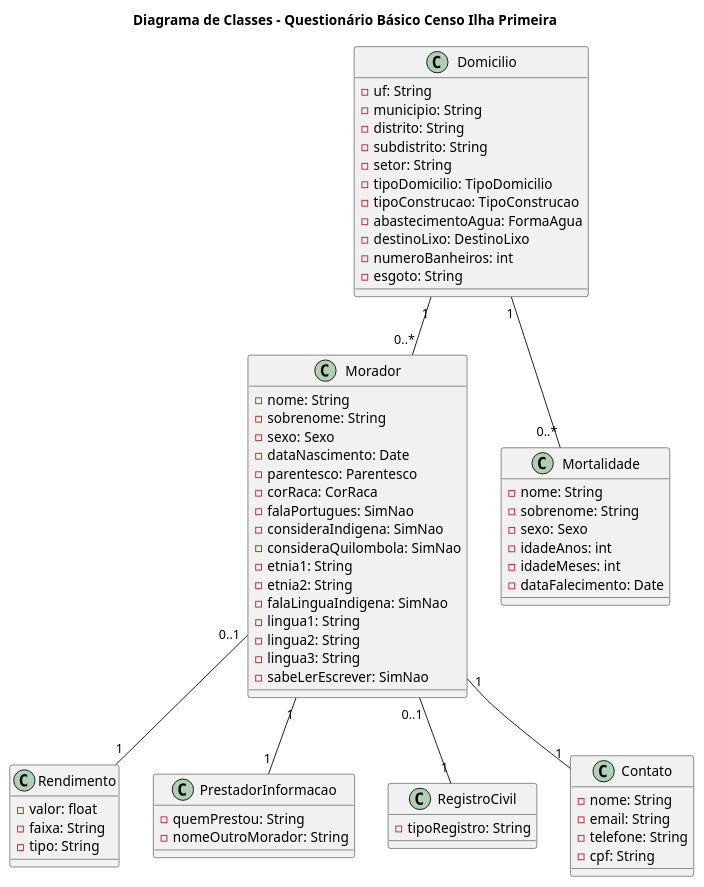
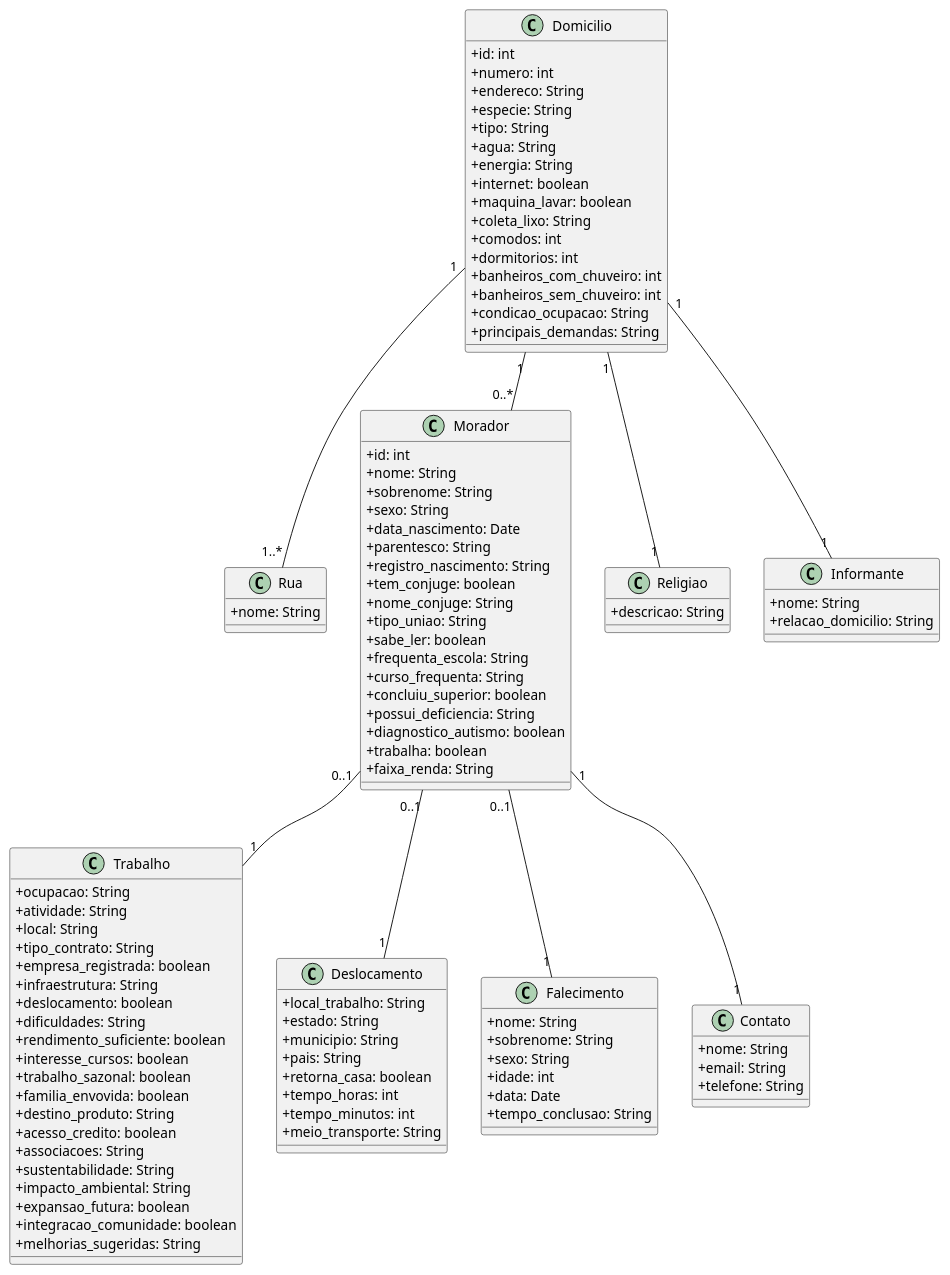
The diagram in docs/__Elaboração/DiagramaDeClasses.md (Projetos-de-Extensao/PBE_ADS_25.1_8001_II), drawn with PlantUML before and after one commit. The commit also changed 4 other files, not shown here.

Commit message:
db funcionando, diagrama de classes att

```diff
--- a/docs/__Elaboração/DiagramaDeClasses.md
+++ b/docs/__Elaboração/DiagramaDeClasses.md
@@ -1,78 +1,115 @@
 @startuml
-' Título do Diagrama
-title Diagrama de Classes - Questionário Básico Censo Ilha Primeira
+skinparam classAttributeIconSize 0
 
-' CLASSES PRINCIPAIS
 class Domicilio {
-  - uf: String
-  - municipio: String
-  - distrito: String
-  - subdistrito: String
-  - setor: String
-  - tipoDomicilio: TipoDomicilio
-  - tipoConstrucao: TipoConstrucao
-  - abastecimentoAgua: FormaAgua
-  - destinoLixo: DestinoLixo
-  - numeroBanheiros: int
-  - esgoto: String
+  +id: int
+  +numero: int
+  +endereco: String
+  +especie: String
+  +tipo: String
+  +agua: String
+  +energia: String
+  +internet: boolean
+  +maquina_lavar: boolean
+  +coleta_lixo: String
+  +comodos: int
+  +dormitorios: int
+  +banheiros_com_chuveiro: int
+  +banheiros_sem_chuveiro: int
+  +condicao_ocupacao: String
+  +principais_demandas: String
+}
+
+class Rua {
+  +nome: String
 }
 
 class Morador {
-  - nome: String
-  - sobrenome: String
-  - sexo: Sexo
-  - dataNascimento: Date
-  - parentesco: Parentesco
-  - corRaca: CorRaca
-  - falaPortugues: SimNao
-  - consideraIndigena: SimNao
-  - consideraQuilombola: SimNao
-  - etnia1: String
-  - etnia2: String
-  - falaLinguaIndigena: SimNao
-  - lingua1: String
-  - lingua2: String
-  - lingua3: String
-  - sabeLerEscrever: SimNao
+  +id: int
+  +nome: String
+  +sobrenome: String
+  +sexo: String
+  +data_nascimento: Date
+  +parentesco: String
+  +registro_nascimento: String
+  +tem_conjuge: boolean
+  +nome_conjuge: String
+  +tipo_uniao: String
+  +sabe_ler: boolean
+  +frequenta_escola: String
+  +curso_frequenta: String
+  +concluiu_superior: boolean
+  +possui_deficiencia: String
+  +diagnostico_autismo: boolean
+  +trabalha: boolean
+  +faixa_renda: String
 }
 
-class Rendimento {
-  - valor: float
-  - faixa: String
-  - tipo: String
+class Trabalho {
+  +ocupacao: String
+  +atividade: String
+  +local: String
+  +tipo_contrato: String
+  +empresa_registrada: boolean
+  +infraestrutura: String
+  +deslocamento: boolean
+  +dificuldades: String
+  +rendimento_suficiente: boolean
+  +interesse_cursos: boolean
+  +trabalho_sazonal: boolean
+  +familia_envovida: boolean
+  +destino_produto: String
+  +acesso_credito: boolean
+  +associacoes: String
+  +sustentabilidade: String
+  +impacto_ambiental: String
+  +expansao_futura: boolean
+  +integracao_comunidade: boolean
+  +melhorias_sugeridas: String
 }
 
-class Mortalidade {
-  - nome: String
-  - sobrenome: String
-  - sexo: Sexo
-  - idadeAnos: int
-  - idadeMeses: int
-  - dataFalecimento: Date
+class Deslocamento {
+  +local_trabalho: String
+  +estado: String
+  +municipio: String
+  +pais: String
+  +retorna_casa: boolean
+  +tempo_horas: int
+  +tempo_minutos: int
+  +meio_transporte: String
 }
 
-class PrestadorInformacao {
-  - quemPrestou: String
-  - nomeOutroMorador: String
+class Falecimento {
+  +nome: String
+  +sobrenome: String
+  +sexo: String
+  +idade: int
+  +data: Date
+  +tempo_conclusao: String
 }
 
-class RegistroCivil {
-  - tipoRegistro: String
+class Religiao {
+  +descricao: String
 }
 
 class Contato {
-  - nome: String
-  - email: String
-  - telefone: String
-  - cpf: String
+  +nome: String
+  +email: String
+  +telefone: String
 }
 
-' RELACIONAMENTOS
+class Informante {
+  +nome: String
+  +relacao_domicilio: String
+}
+
 Domicilio "1" -- "0..*" Morador
-Domicilio "1" -- "0..*" Mortalidade
-Morador "0..1" -- "1" RegistroCivil
-Morador "0..1" -- "1" Rendimento
-Morador "1" -- "1" PrestadorInformacao
+Domicilio "1" -- "1..*" Rua
+Morador "0..1" -- "1" Falecimento
 Morador "1" -- "1" Contato
+Morador "0..1" -- "1" Trabalho
+Morador "0..1" -- "1" Deslocamento
+Domicilio "1" -- "1" Religiao
+Domicilio "1" -- "1" Informante
 
 @enduml
```
